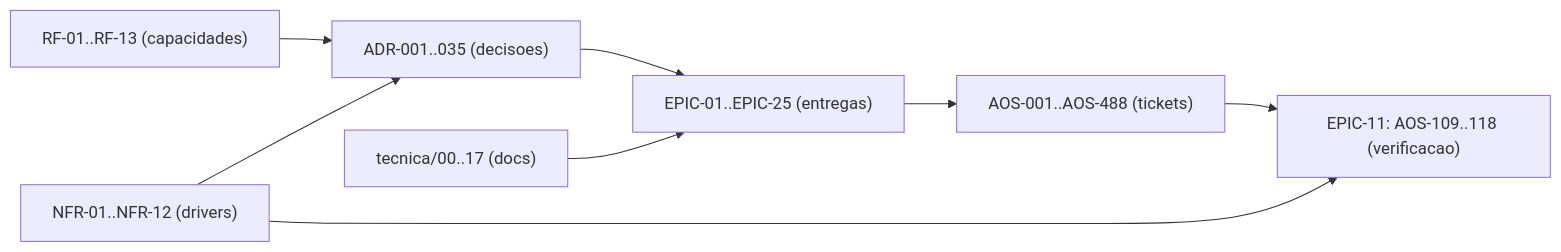
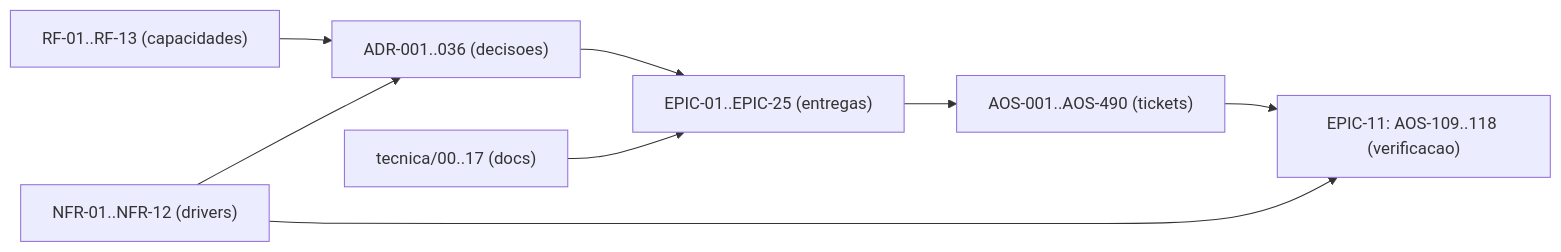
Before and after one commit to albinoJimy/aos: the diagram in tecnica/16_Rastreabilidade_RTM.md, drawn with Mermaid. The commit also changed other lines of this file, not shown here.

Commit message:
docs(AOS-490): regenera a RTM com o ADR-036 e os tickets AOS-489/490

````diff
--- a/tecnica/16_Rastreabilidade_RTM.md
+++ b/tecnica/16_Rastreabilidade_RTM.md
@@ -202,10 +203,10 @@
 ```mermaid
 flowchart LR
-    RF["RF-01..RF-13 (capacidades)"] --> ADR["ADR-001..035 (decisoes)"]
+    RF["RF-01..RF-13 (capacidades)"] --> ADR["ADR-001..036 (decisoes)"]
     NFR["NFR-01..NFR-12 (drivers)"] --> ADR
     ADR --> EPIC["EPIC-01..EPIC-25 (entregas)"]
-    EPIC --> TICK["AOS-001..AOS-488 (tickets)"]
+    EPIC --> TICK["AOS-001..AOS-490 (tickets)"]
     DOC["tecnica/00..17 (docs)"] --> EPIC
     TICK --> TEST["EPIC-11: AOS-109..118 (verificacao)"]
     NFR --> TEST
 ```
````
